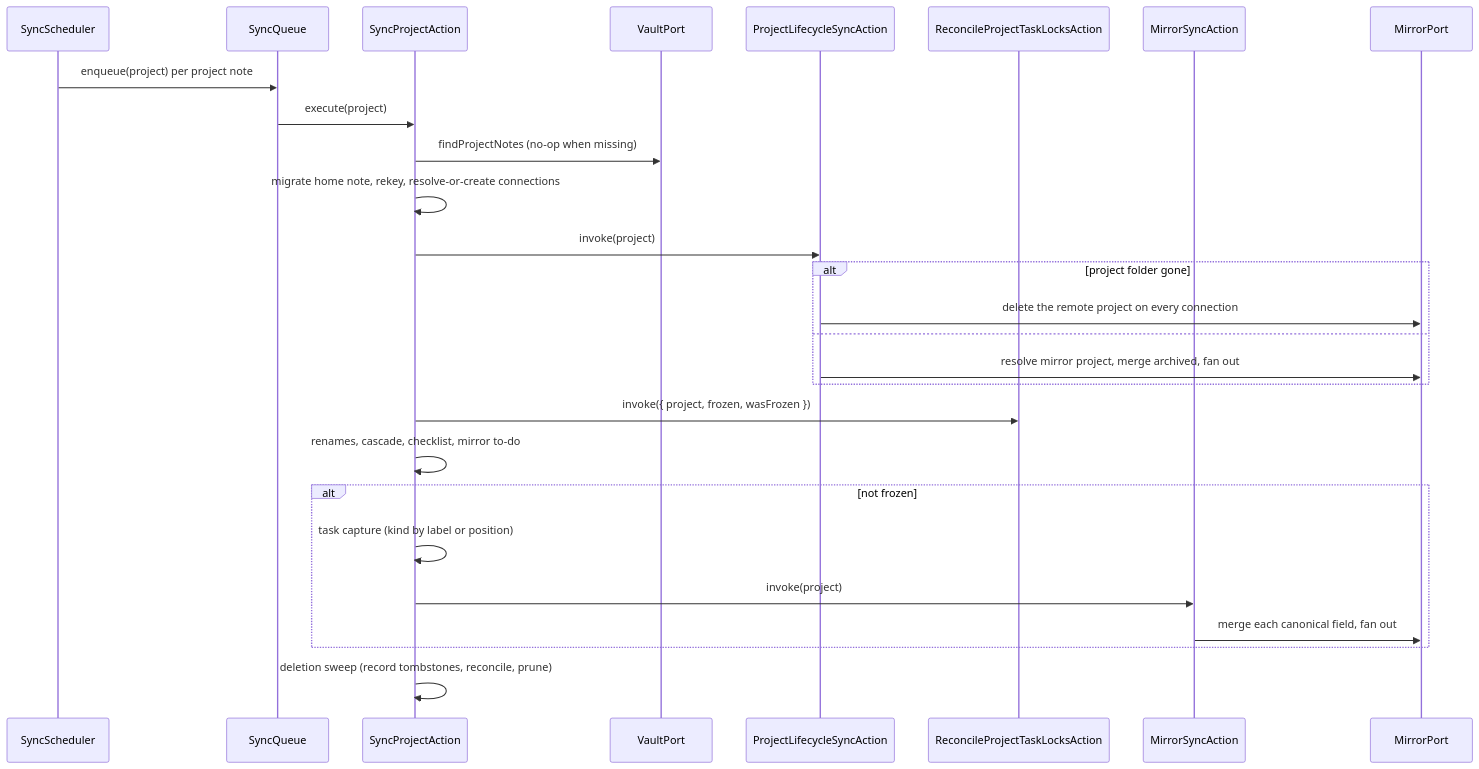
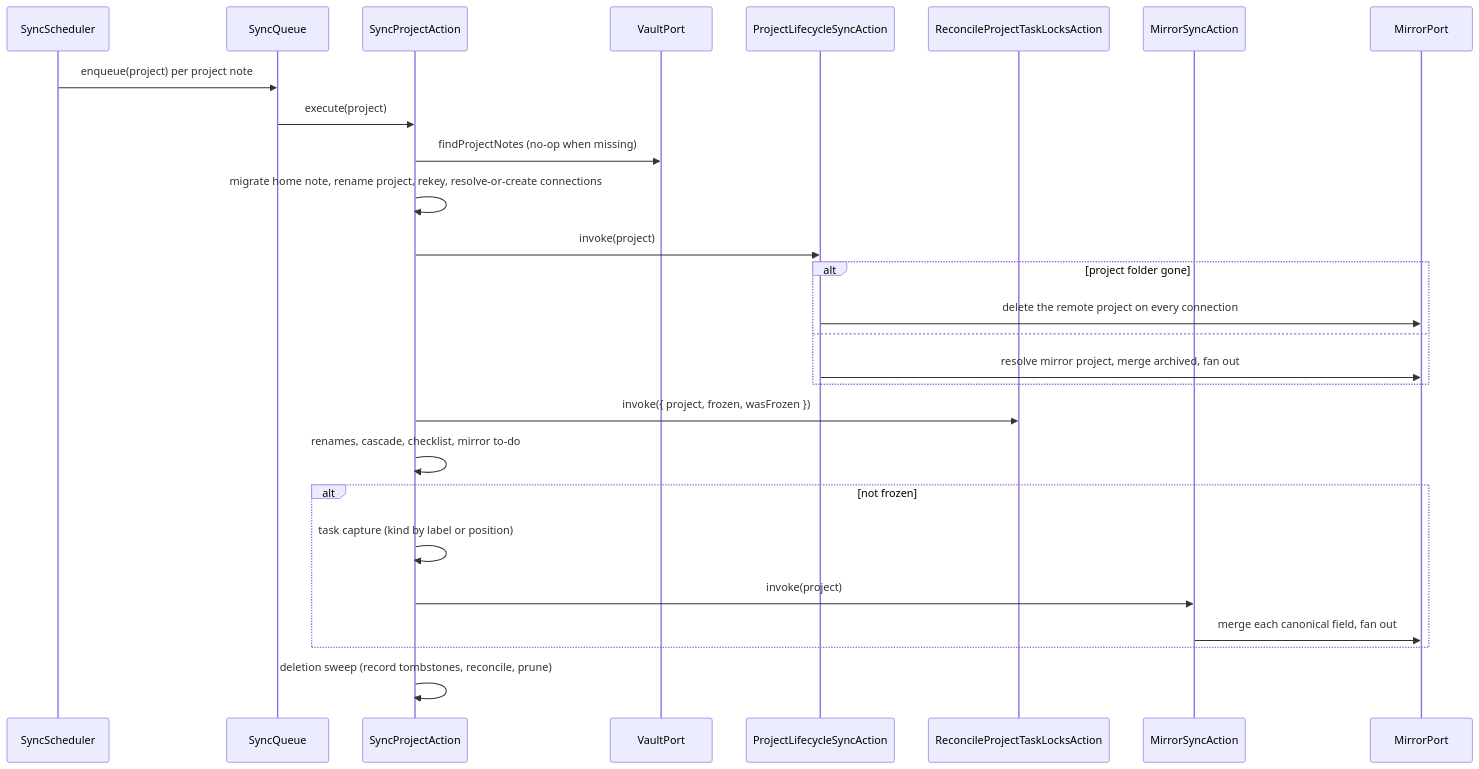
One commit to 99linesofcode/obsidian-project-management changed the diagram in ARCHITECTURE.md. Above: the diagram before and after it, drawn with Mermaid. The commit also changed other lines of this file, not shown here.

First line of the commit message:
docs(architecture): record the project rename (PLC-1..4)

````diff
--- a/ARCHITECTURE.md
+++ b/ARCHITECTURE.md
@@ -123,30 +123,30 @@
 ```mermaid
 sequenceDiagram
   participant Sched as SyncScheduler
   participant Q as SyncQueue
   participant SP as SyncProjectAction
   participant V as VaultPort
   participant Life as ProjectLifecycleSyncAction
   participant Lock as ReconcileProjectTaskLocksAction
   participant TF as MirrorSyncAction
   participant M as MirrorPort
 
   Sched->>Q: enqueue(project) per project note
   Q->>SP: execute(project)
   SP->>V: findProjectNotes (no-op when missing)
-  SP->>SP: migrate home note, rekey, resolve-or-create connections
+  SP->>SP: migrate home note, rename project, rekey, resolve-or-create connections
   SP->>Life: invoke(project)
   alt project folder gone
     Life->>M: delete the remote project on every connection
   else
     Life->>M: resolve mirror project, merge archived, fan out
   end
   SP->>Lock: invoke({ project, frozen, wasFrozen })
   SP->>SP: renames, cascade, checklist, mirror to-do
   alt not frozen
     SP->>SP: task capture (kind by label or position)
     SP->>TF: invoke(project)
     TF->>M: merge each canonical field, fan out
   end
   SP->>SP: deletion sweep (record tombstones, reconcile, prune)
 ```
````
